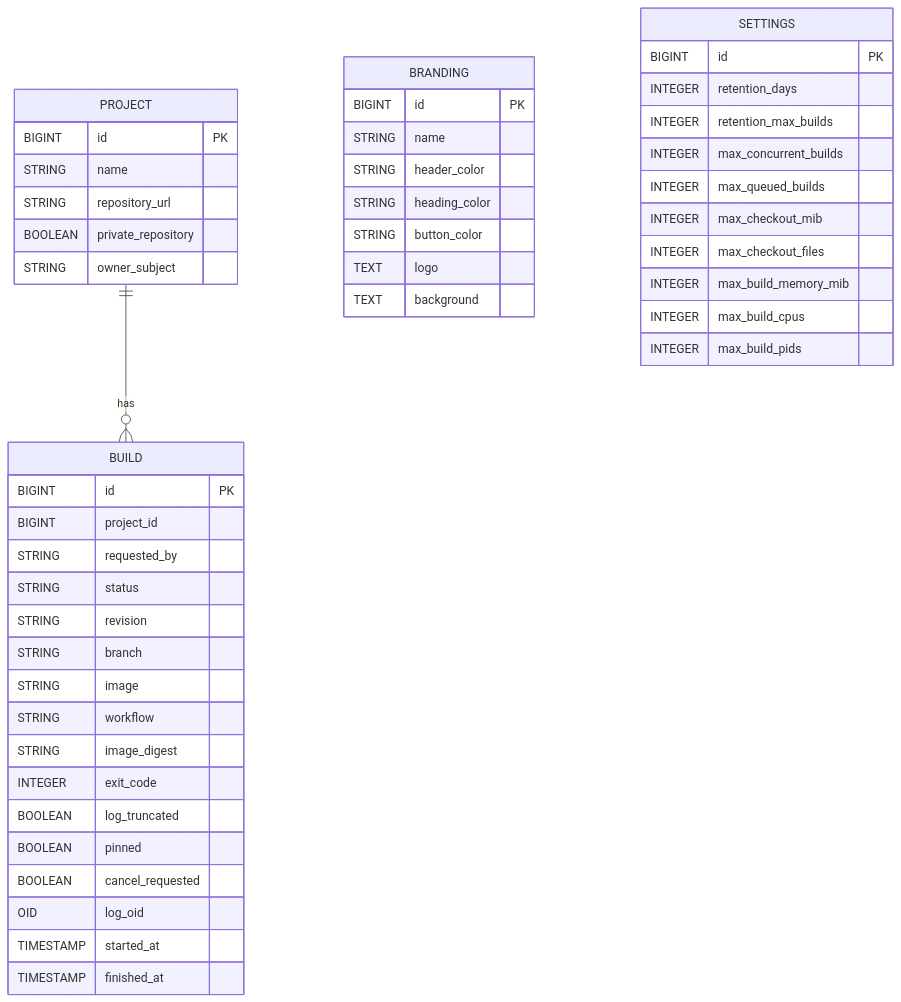
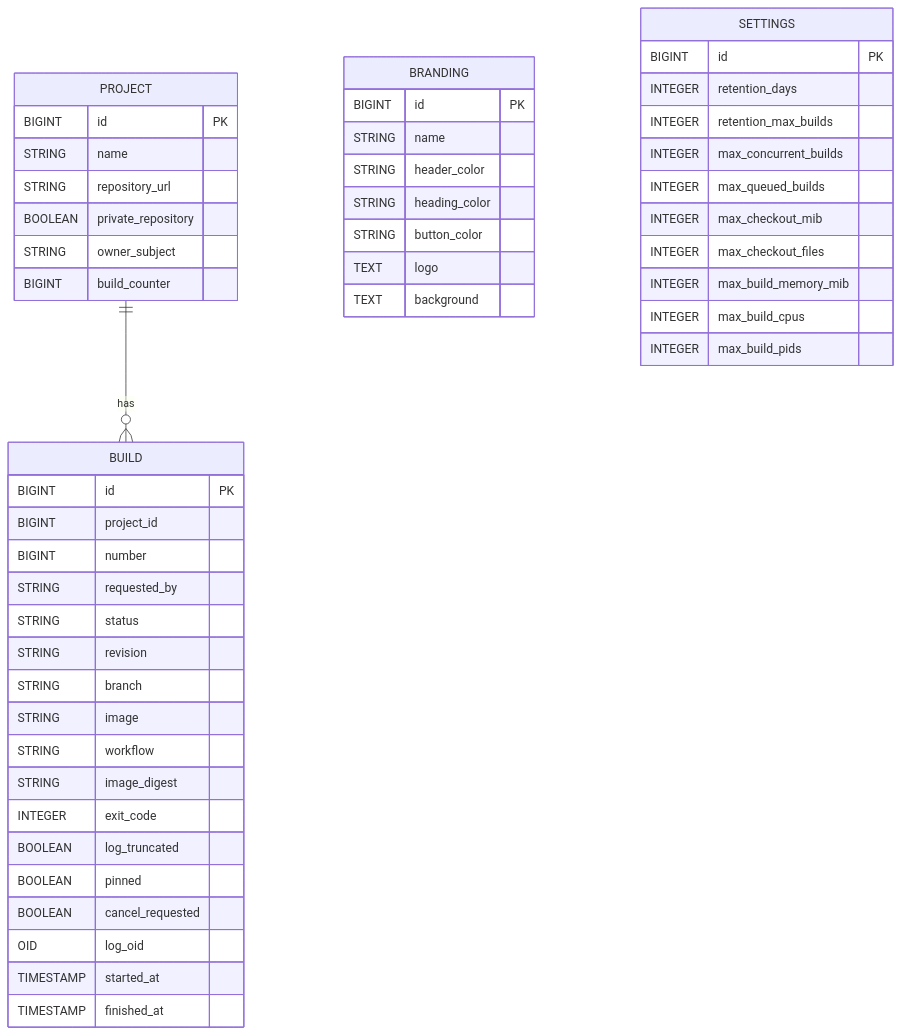
One commit to Mohamed-Alkafory/cisys changed the diagram in docs/manual/en/72-architecture.md. Above: the diagram before and after it, drawn with Mermaid. The commit also changed 20 other files, not shown here.

````diff
--- a/docs/manual/en/72-architecture.md
+++ b/docs/manual/en/72-architecture.md
@@ -31,54 +31,56 @@
 ```mermaid
 erDiagram
     PROJECT {
         BIGINT id PK
         STRING name
         STRING repository_url
         BOOLEAN private_repository
         STRING owner_subject
+        BIGINT build_counter
     }
 
     BUILD {
         BIGINT id PK
         BIGINT project_id
+        BIGINT number
         STRING requested_by
         STRING status
         STRING revision
         STRING branch
         STRING image
         STRING workflow
         STRING image_digest
         INTEGER exit_code
         BOOLEAN log_truncated
         BOOLEAN pinned
         BOOLEAN cancel_requested
         OID log_oid
         TIMESTAMP started_at
         TIMESTAMP finished_at
     }
 
     BRANDING {
         BIGINT id PK
         STRING name
         STRING header_color
         STRING heading_color
         STRING button_color
         TEXT logo
         TEXT background
     }
 
     SETTINGS {
         BIGINT id PK
         INTEGER retention_days
         INTEGER retention_max_builds
         INTEGER max_concurrent_builds
         INTEGER max_queued_builds
         INTEGER max_checkout_mib
         INTEGER max_checkout_files
         INTEGER max_build_memory_mib
         INTEGER max_build_cpus
         INTEGER max_build_pids
     }
 
     PROJECT ||--o{ BUILD : has
 ```
````
